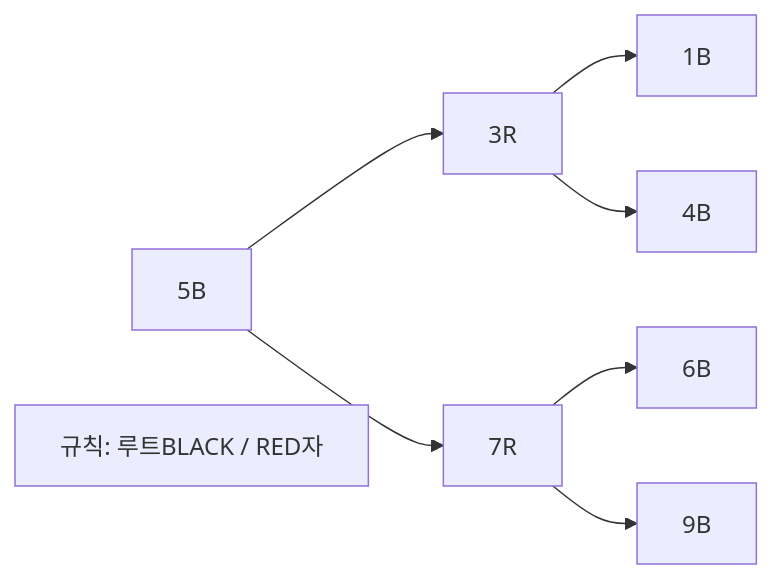
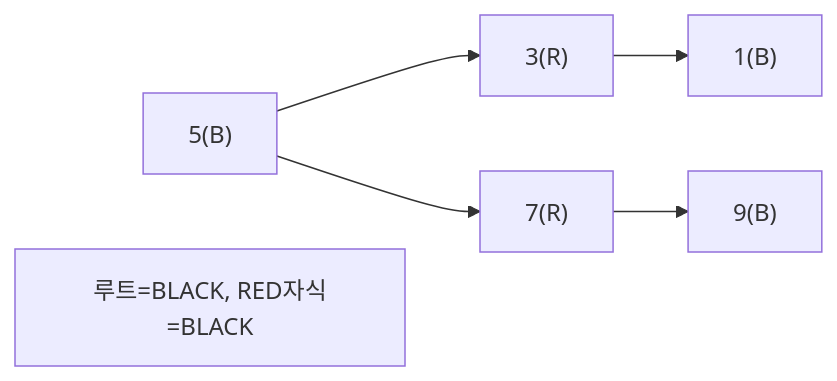
Before and after one commit to yjkim2015/yjkim2015.github.io: the ninth of 21 diagrams in _posts/java/2026-05-01-java-collections.md, drawn with Mermaid. The commit also changed other lines of this file and 163 other files, not shown here.

First line of the commit message:
Mermaid 300개 블록 내용 축소: 5노드 5엣지 이하, 의미 있는 약어

````diff
--- a/_posts/java/2026-05-01-java-collections.md
+++ b/_posts/java/2026-05-01-java-collections.md
@@ -348,7 +343,8 @@
 ```mermaid
 graph LR
-    N5["5B"] --> N3["3R"] & N7["7R"]
-    N3 --> N1["1B"] & N4["4B"]
-    N7 --> N6["6B"] & N9["9B"]
-    RULE["규칙: 루트BLACK / RED자"]
+    N5["5(B)"] --> N3["3(R)"]
+    N5 --> N7["7(R)"]
+    N3 --> N1["1(B)"]
+    N7 --> N9["9(B)"]
+    RULE["루트=BLACK, RED자식=BLACK"]
 ```
````
